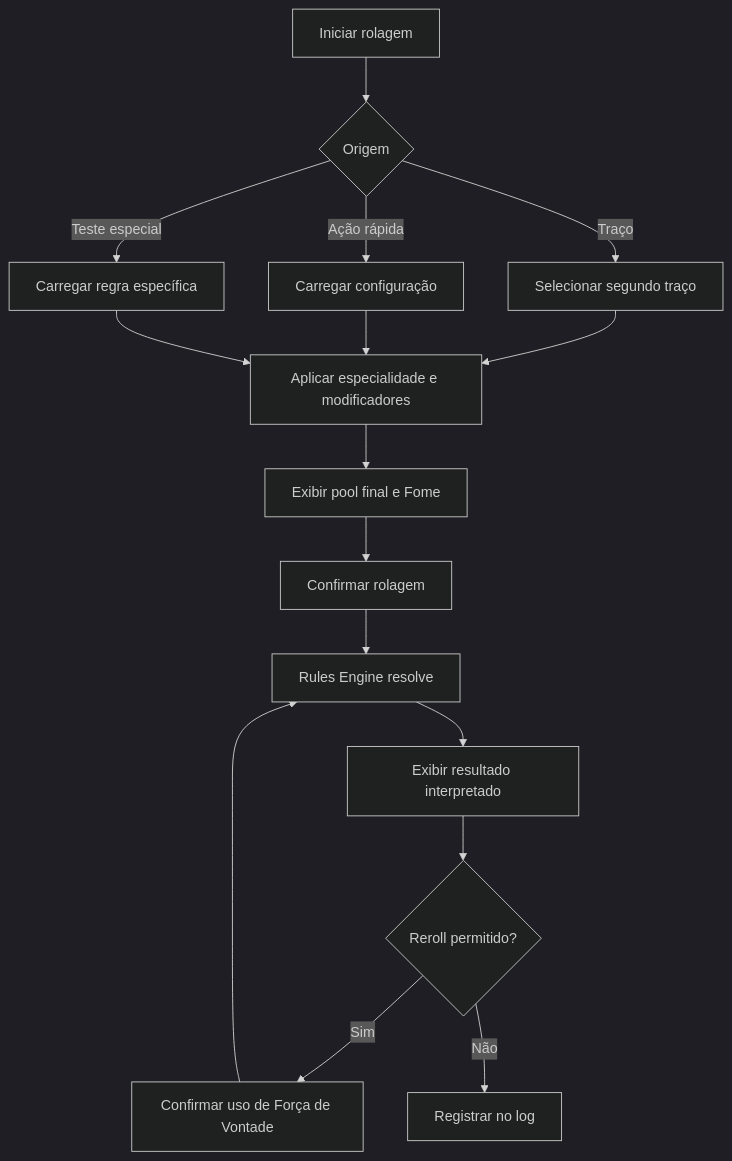
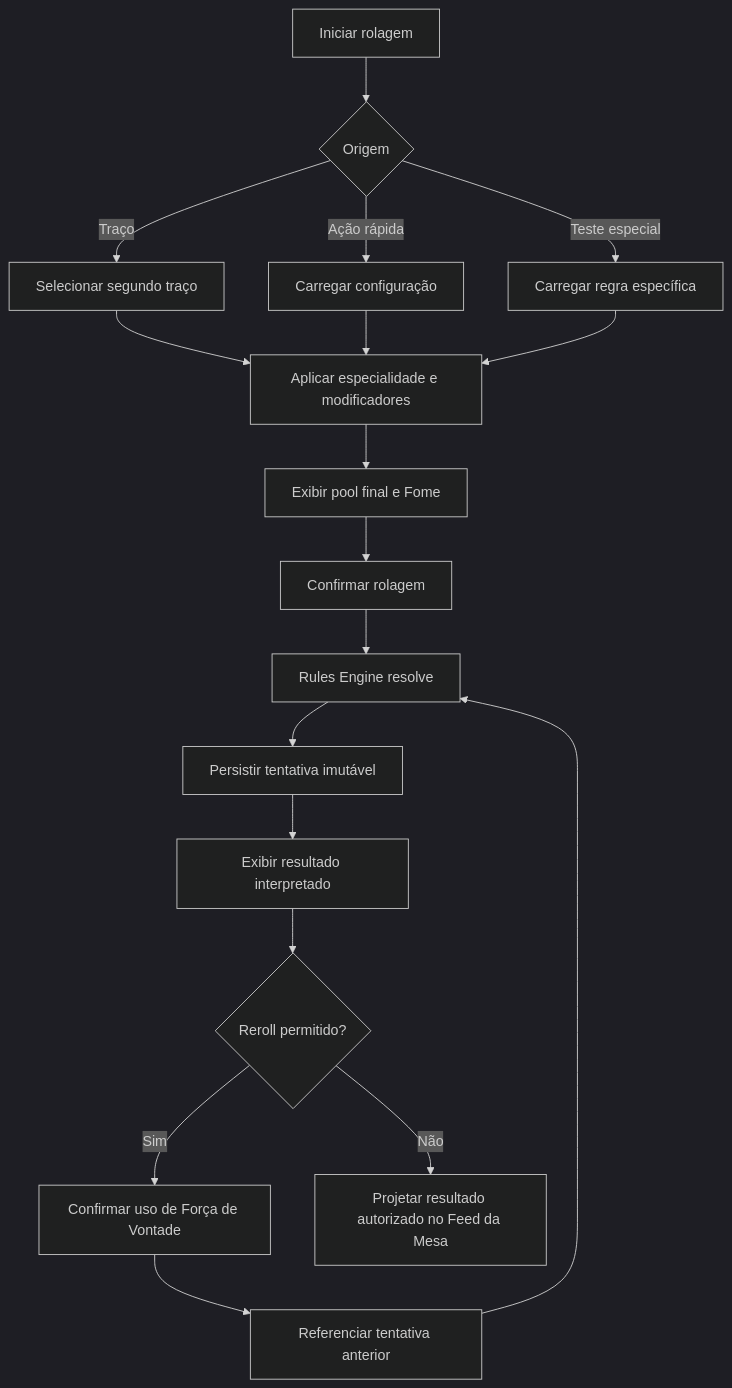
The seventh of 7 diagrams in documentacao/product-architecture-core-user-flows-v0.1.md (GabrielB-B/Assistente_Vampiro), drawn with Mermaid (dark theme) before and after one commit. The commit also changed other lines of this file and 22 other files, not shown here.

````diff
--- a/documentacao/product-architecture-core-user-flows-v0.1.md
+++ b/documentacao/product-architecture-core-user-flows-v0.1.md
@@ -569,18 +584,20 @@
 ```mermaid
 flowchart TD
-    START[Iniciar rolagem] --> SOURCE{Origem}
-    SOURCE -->|Traço| TRAIT[Selecionar segundo traço]
-    SOURCE -->|Ação rápida| TEMPLATE[Carregar configuração]
-    SOURCE -->|Teste especial| SPECIAL[Carregar regra específica]
+    START[Iniciar rolagem] --> ORIGIN{Origem}
+    ORIGIN -->|Traço| TRAIT[Selecionar segundo traço]
+    ORIGIN -->|Ação rápida| TEMPLATE[Carregar configuração]
+    ORIGIN -->|Teste especial| SPECIAL[Carregar regra específica]
     TRAIT --> MOD[Aplicar especialidade e modificadores]
     TEMPLATE --> MOD
     SPECIAL --> MOD
     MOD --> PREVIEW[Exibir pool final e Fome]
     PREVIEW --> CONFIRM[Confirmar rolagem]
     CONFIRM --> ENGINE[Rules Engine resolve]
-    ENGINE --> RESULT[Exibir resultado interpretado]
+    ENGINE --> EVENT[Persistir tentativa imutável]
+    EVENT --> RESULT[Exibir resultado interpretado]
     RESULT --> REROLL{Reroll permitido?}
     REROLL -- Sim --> CONFIRM_REROLL[Confirmar uso de Força de Vontade]
-    CONFIRM_REROLL --> ENGINE
-    REROLL -- Não --> LOG[Registrar no log]
+    CONFIRM_REROLL --> LINK[Referenciar tentativa anterior]
+    LINK --> ENGINE
+    REROLL -- Não --> FEED[Projetar resultado autorizado no Feed da Mesa]
 ```
````
